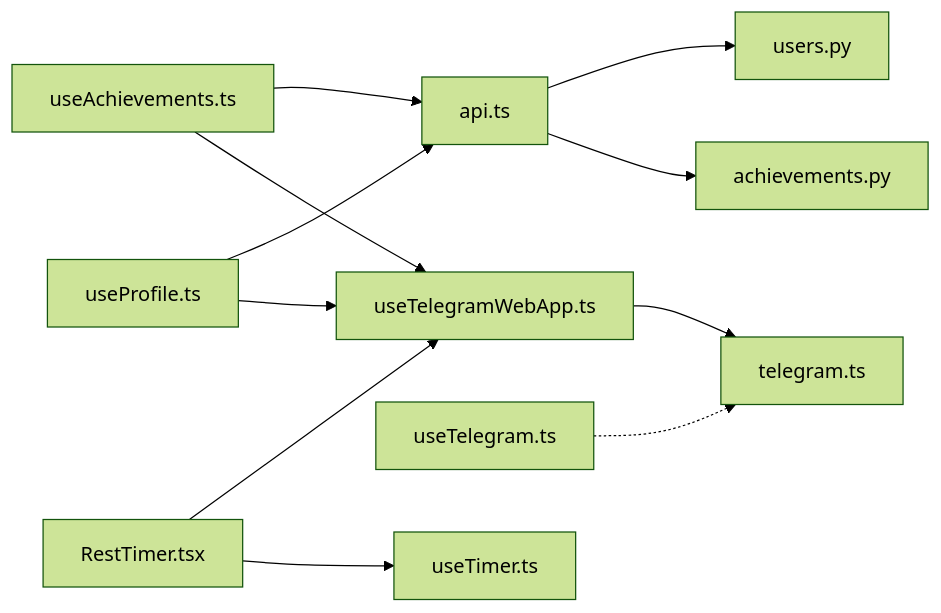
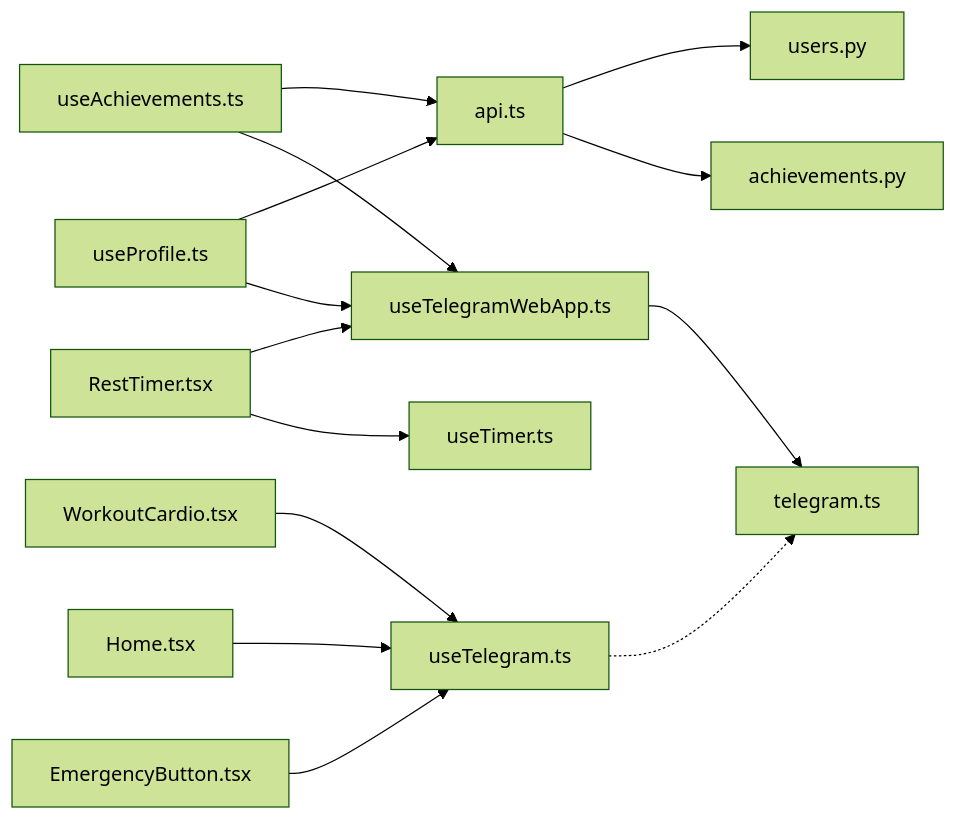
The seventh of 7 diagrams in .qoder/repowiki/en/content/Frontend Component Architecture/Custom Hooks System.md (nilsnavi/fit_trackerpro), drawn with Mermaid (forest theme) before and after one commit. The commit also changed other lines of this file and 26 other files, not shown here.

````diff
--- a/.qoder/repowiki/en/content/Frontend Component Architecture/Custom Hooks System.md
+++ b/.qoder/repowiki/en/content/Frontend Component Architecture/Custom Hooks System.md
@@ -404,14 +428,17 @@
 ```mermaid
 graph LR
 UP["useProfile.ts"] --> UTA["useTelegramWebApp.ts"]
 UP --> API["api.ts"]
 UA["useAchievements.ts"] --> UTA
 UA --> API
 UT["useTelegram.ts"] -.-> TEL["telegram.ts"]
 UTA --> TEL
 UTI["useTimer.ts"]
 RT["RestTimer.tsx"] --> UTI
 RT --> UTA
+EB["EmergencyButton.tsx"] --> UT
+HOME["Home.tsx"] --> UT
+WCARDIO["WorkoutCardio.tsx"] --> UT
 API --> BEA["achievements.py"]
 API --> BEU["users.py"]
 ```
````
